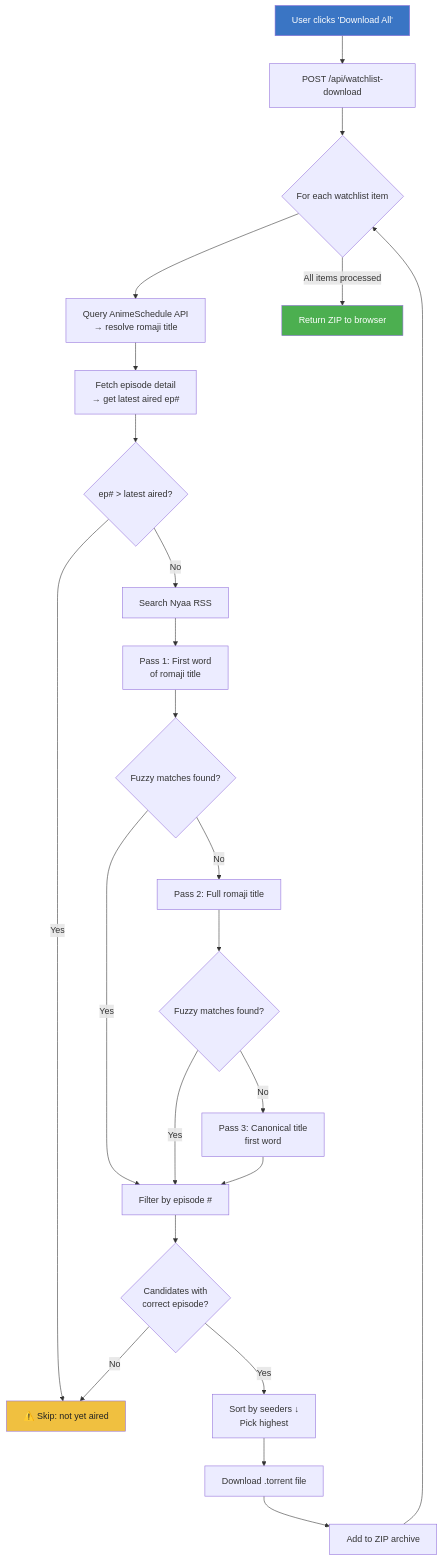
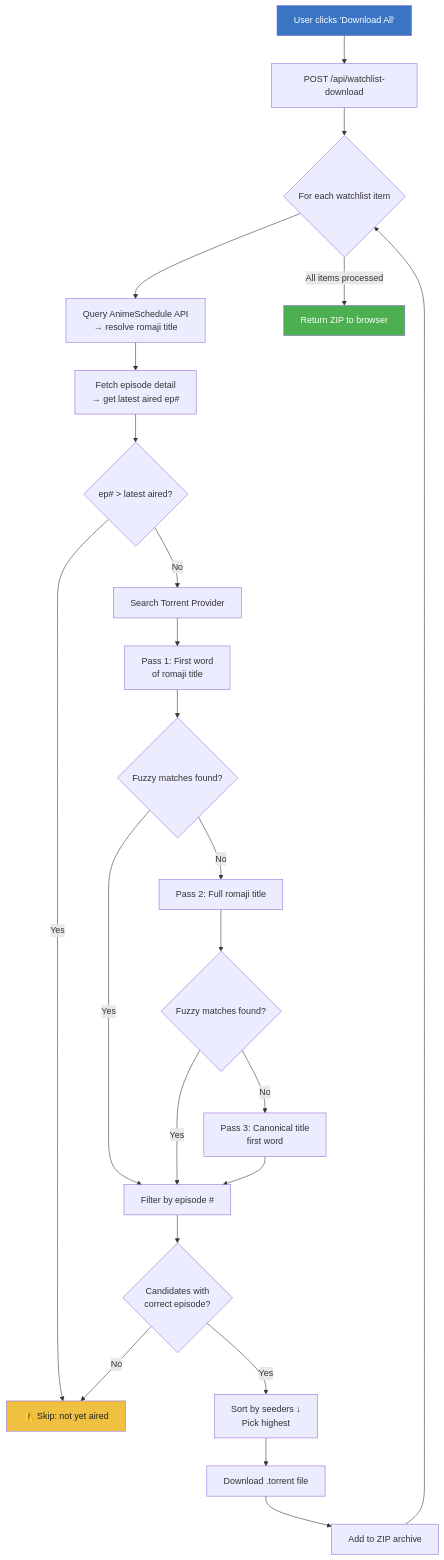
Before and after one commit to bijudamian/Anime_Schdule: the third of 4 diagrams in README.md, drawn with Mermaid. The commit also changed other lines of this file, not shown here.

Commit message:
docs: remove references to nyaa.si and RSS from README

````diff
--- a/README.md
+++ b/README.md
@@ -115,32 +115,32 @@
 ```mermaid
 flowchart TD
     A["User clicks 'Download All'"] --> B["POST /api/watchlist-download"]
     B --> C{"For each watchlist item"}
     C --> D["Query AnimeSchedule API<br/>→ resolve romaji title"]
     D --> E["Fetch episode detail<br/>→ get latest aired ep#"]
     E --> F{"ep# > latest aired?"}
     F -->|Yes| G["⚠️ Skip: not yet aired"]
-    F -->|No| H["Search Nyaa RSS"]
+    F -->|No| H["Search Torrent Provider"]
 
     H --> I["Pass 1: First word<br/>of romaji title"]
     I --> J{"Fuzzy matches found?"}
     J -->|Yes| K["Filter by episode #"]
     J -->|No| L["Pass 2: Full romaji title"]
     L --> M{"Fuzzy matches found?"}
     M -->|Yes| K
     M -->|No| N["Pass 3: Canonical title<br/>first word"]
     N --> K
 
     K --> O{"Candidates with<br/>correct episode?"}
     O -->|Yes| P["Sort by seeders ↓<br/>Pick highest"]
     O -->|No| G
     P --> Q["Download .torrent file"]
     Q --> R["Add to ZIP archive"]
 
     R --> C
     C -->|All items processed| S["Return ZIP to browser"]
 
     style A fill:#3A75C4,color:white
     style S fill:#4caf50,color:white
     style G fill:#f0c040,color:#222
 ```
````
